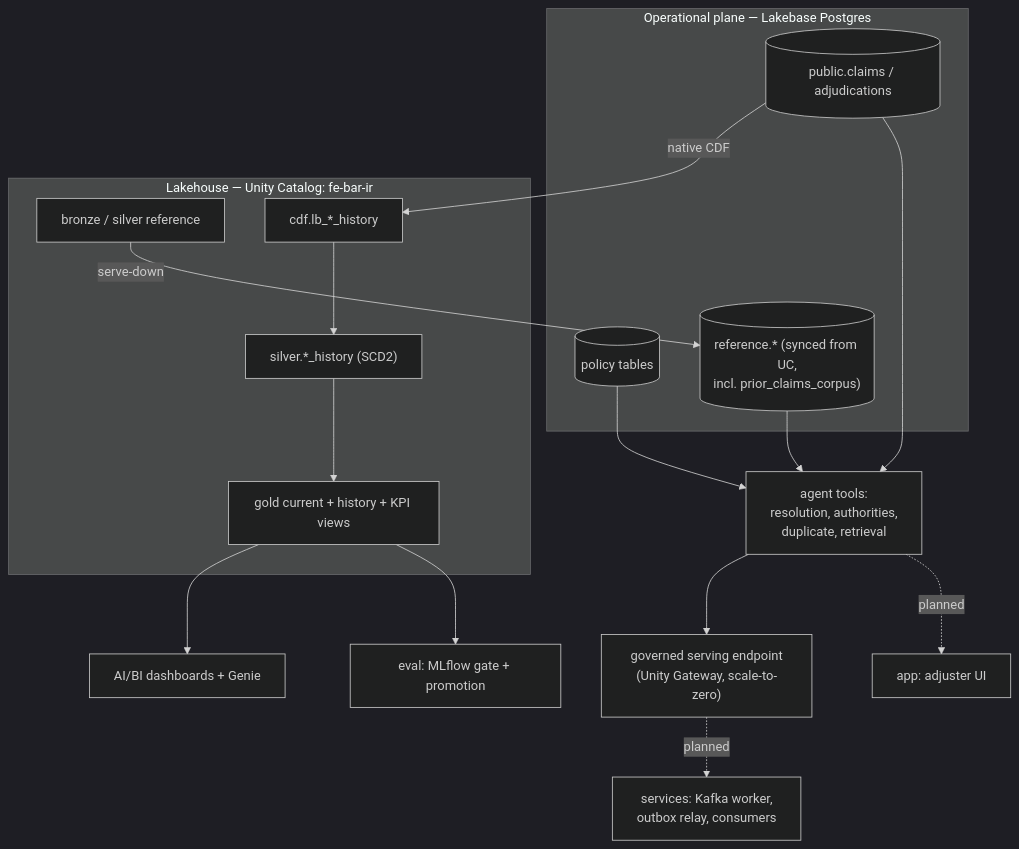
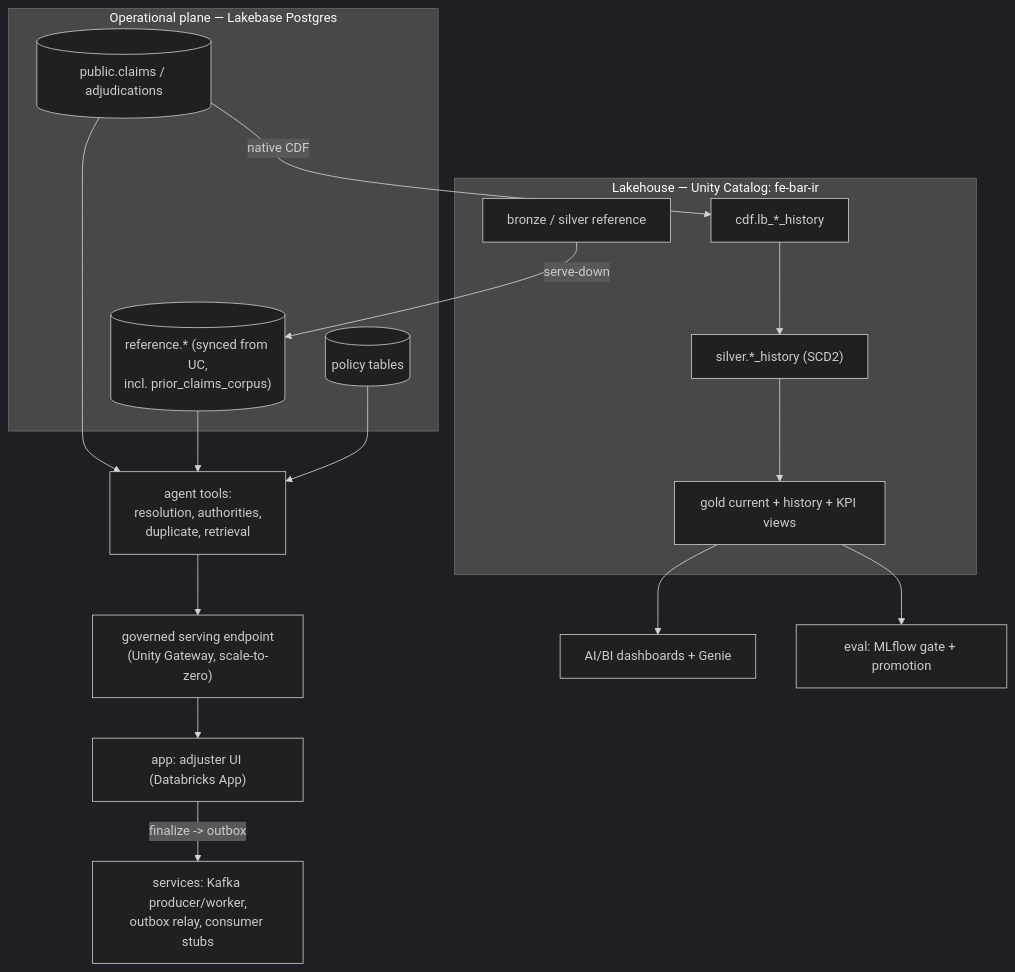
Before and after one commit to Irtebat/claims-adjudication-agent-demo: the diagram in docs/README.md, drawn with Mermaid (dark theme). The commit also changed other lines of this file and 50 other files, not shown here.

````diff
--- a/docs/README.md
+++ b/docs/README.md
@@ -20,27 +23,27 @@
 ```mermaid
 flowchart TB
   subgraph OLTP["Operational plane — Lakebase Postgres"]
     claims[("public.claims / adjudications")]
     policy[("policy tables")]
     ref[("reference.* (synced from UC,<br/>incl. prior_claims_corpus)")]
   end
   subgraph LH["Lakehouse — Unity Catalog: fe-bar-ir"]
     refsrc["bronze / silver reference"]
     cdfland["cdf.lb_*_history"]
     silverh["silver.*_history (SCD2)"]
     gold["gold current + history + KPI views"]
   end
   agent["agent tools:<br/>resolution, authorities,<br/>duplicate, retrieval"]
   endpoint["governed serving endpoint<br/>(Unity Gateway, scale-to-zero)"]
 
   refsrc -- "serve-down" --> ref
   claims -- "native CDF" --> cdfland --> silverh --> gold
   policy --> agent
   ref --> agent
   claims --> agent
   agent --> endpoint
   gold --> dash["AI/BI dashboards + Genie"]
   gold --> evalx["eval: MLflow gate + promotion"]
-  agent -. planned .-> app["app: adjuster UI"]
-  endpoint -. planned .-> svc["services: Kafka worker,<br/>outbox relay, consumers"]
+  endpoint --> app["app: adjuster UI (Databricks App)"]
+  app -- "finalize -> outbox" --> svc["services: Kafka producer/worker,<br/>outbox relay, consumer stubs"]
 ```
````
